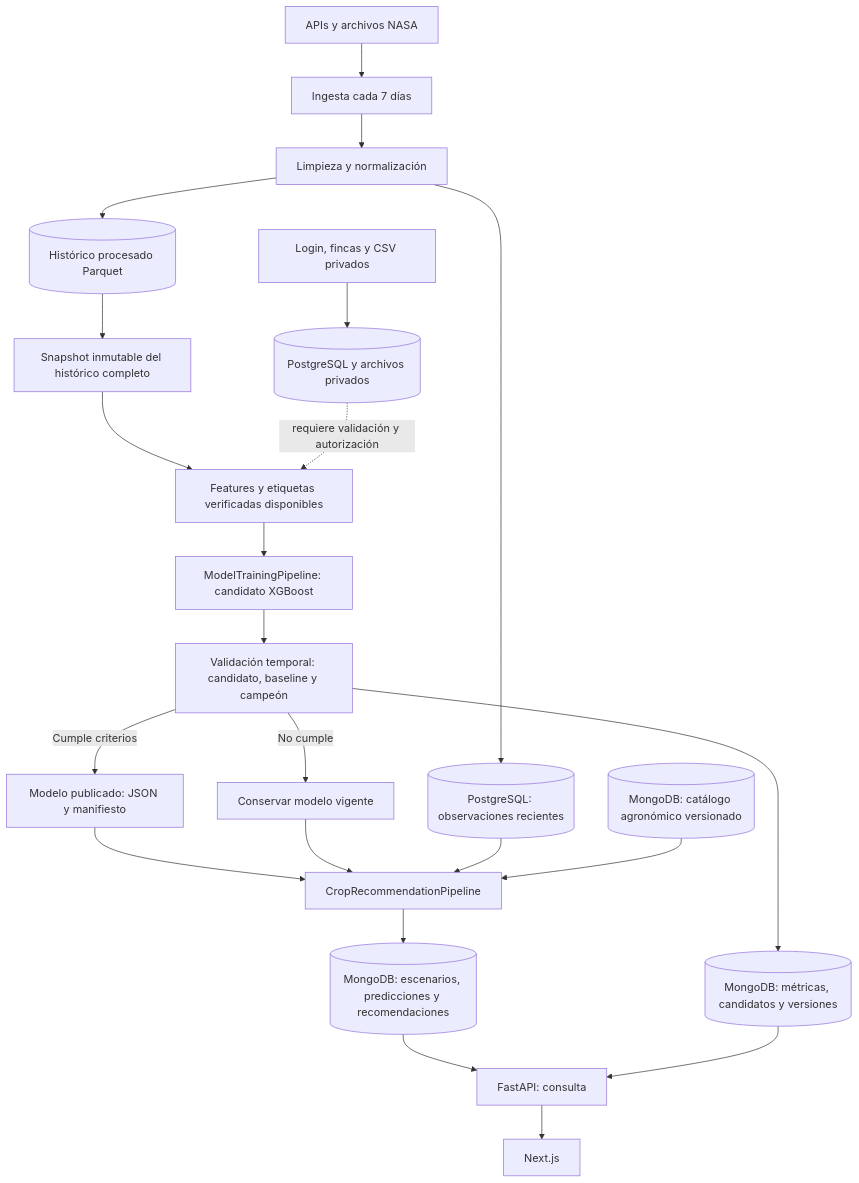
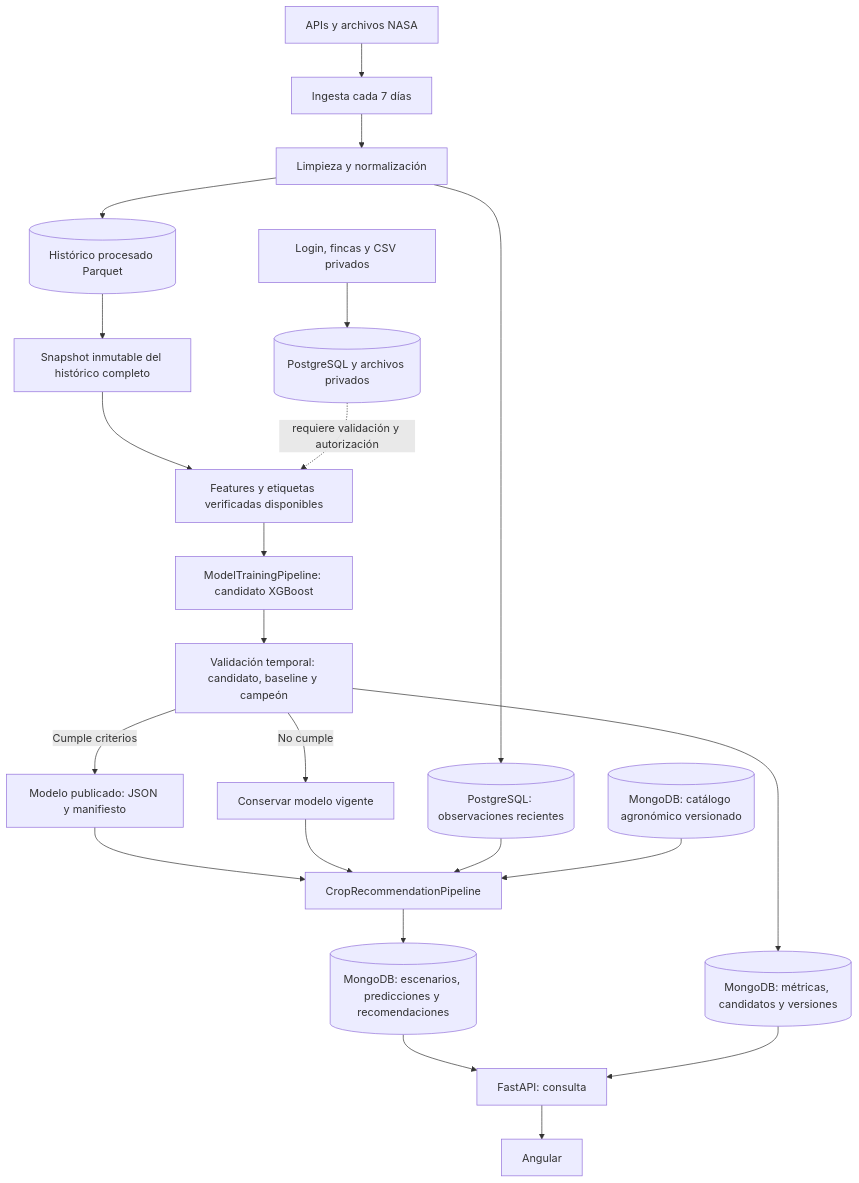
The diagram in docs/architecture.md (Samuelbomc/SpaceApps2026), drawn with Mermaid before and after one commit. The commit also changed other lines of this file and 84 other files, not shown here.

Commit message:
feat: integrate Angular frontend with FastAPI and retire Next.js

````diff
--- a/docs/architecture.md
+++ b/docs/architecture.md
@@ -7,24 +10,24 @@
 ```mermaid
 flowchart TD
     NASA[APIs y archivos NASA] --> ING[Ingesta cada 7 días]
     ING --> PROC[Limpieza y normalización]
     PROC --> HIST[(Histórico procesado Parquet)]
     PROC --> PG[(PostgreSQL: observaciones recientes)]
     HIST --> SNAP[Snapshot inmutable del histórico completo]
     SNAP --> LABELS[Features y etiquetas verificadas disponibles]
     LABELS --> TRAIN[ModelTrainingPipeline: candidato XGBoost]
     TRAIN --> GATE[Validación temporal: candidato, baseline y campeón]
     GATE -->|Cumple criterios| PUB[Modelo publicado: JSON y manifiesto]
     GATE -->|No cumple| KEEP[Conservar modelo vigente]
     PUB --> REC[CropRecommendationPipeline]
     KEEP --> REC
     PG --> REC
     CATALOG[(MongoDB: catálogo agronómico versionado)] --> REC
     REC --> RESULTS[(MongoDB: escenarios, predicciones y recomendaciones)]
     GATE --> METRICS[(MongoDB: métricas, candidatos y versiones)]
     RESULTS --> API[FastAPI: consulta]
     METRICS --> API
-    API --> WEB[Next.js]
+    API --> WEB[Angular]
     USERS[Login, fincas y CSV privados] --> PRIVATE[(PostgreSQL y archivos privados)]
     PRIVATE -. requiere validación y autorización .-> LABELS
 ```
````
